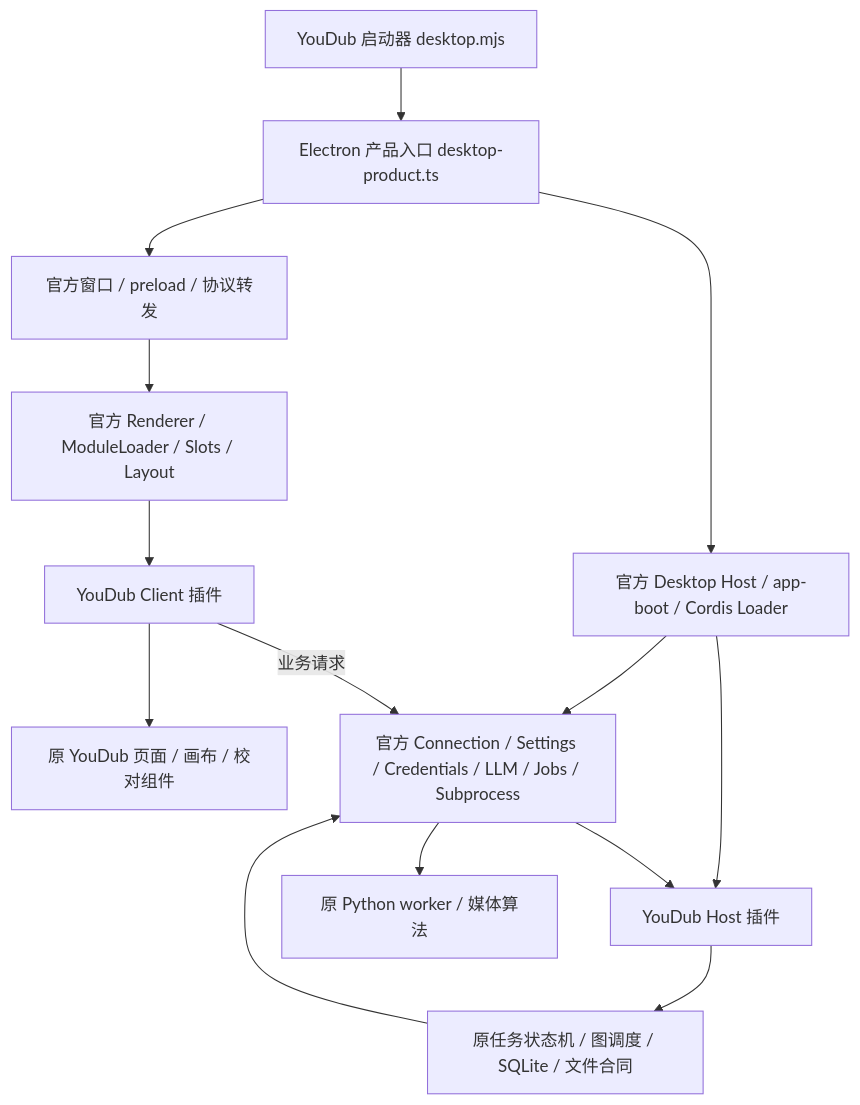
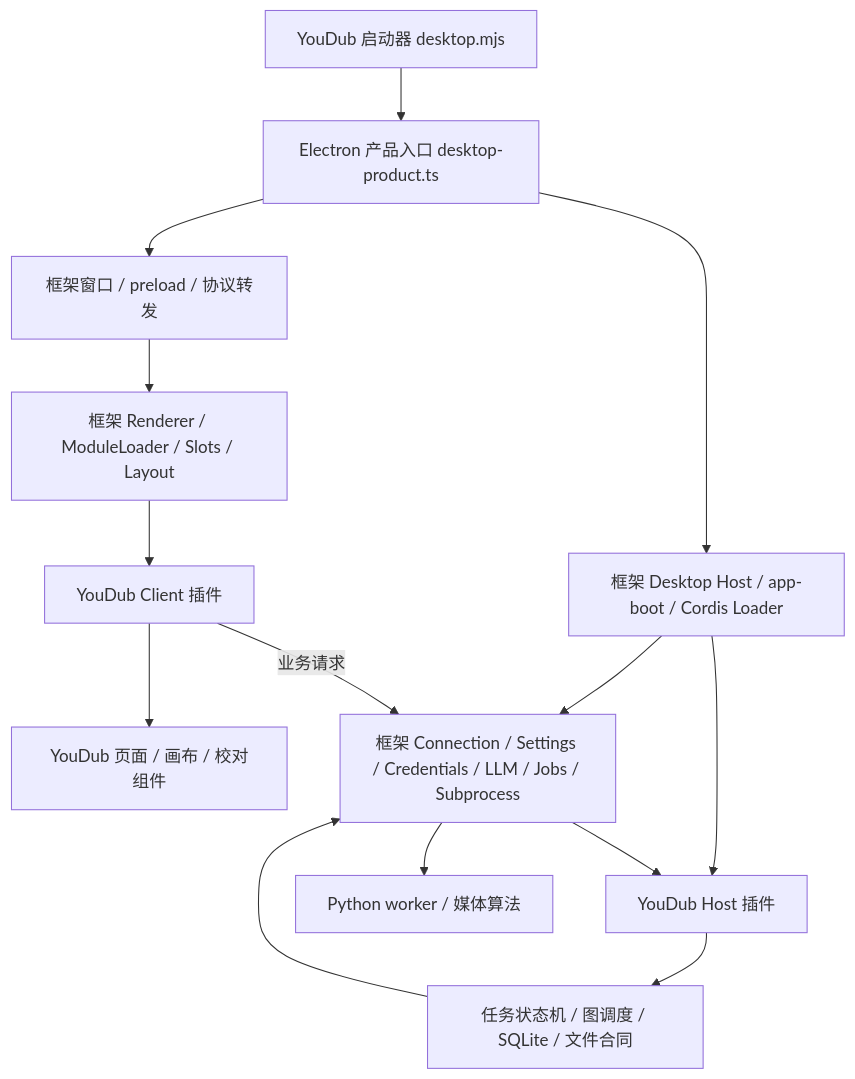
Before and after one commit to liuzhao1225/YouDub-webui: the first of 2 diagrams in apps/harness/docs/ARCHITECTURE.md, drawn with Mermaid. The commit also changed other lines of this file and 222 other files, not shown here.

First line of the commit message:
精简 YouDub 框架，修复 FFmpeg 初始化并统一 Harness 模型调用 (#178)

````diff
--- a/apps/harness/docs/ARCHITECTURE.md
+++ b/apps/harness/docs/ARCHITECTURE.md
@@ -9,16 +25,16 @@
 ```mermaid
 flowchart TB
   Start[YouDub 启动器 desktop.mjs] --> Desktop[Electron 产品入口 desktop-product.ts]
-  Desktop --> Native[官方窗口 / preload / 协议转发]
-  Desktop --> Host[官方 Desktop Host / app-boot / Cordis Loader]
-  Native --> Renderer[官方 Renderer / ModuleLoader / Slots / Layout]
+  Desktop --> Native[框架窗口 / preload / 协议转发]
+  Desktop --> Host[框架 Desktop Host / app-boot / Cordis Loader]
+  Native --> Renderer[框架 Renderer / ModuleLoader / Slots / Layout]
   Renderer --> Client[YouDub Client 插件]
-  Client --> Views[原 YouDub 页面 / 画布 / 校对组件]
-  Host --> Services[官方 Connection / Settings / Credentials / LLM / Jobs / Subprocess]
+  Client --> Views[YouDub 页面 / 画布 / 校对组件]
+  Host --> Services[框架 Connection / Settings / Credentials / LLM / Jobs / Subprocess]
   Host --> Domain[YouDub Host 插件]
   Client -->|业务请求| Services
   Services --> Domain
-  Domain --> Workflow[原任务状态机 / 图调度 / SQLite / 文件合同]
+  Domain --> Workflow[任务状态机 / 图调度 / SQLite / 文件合同]
   Workflow --> Services
-  Services --> Workers[原 Python worker / 媒体算法]
+  Services --> Workers[Python worker / 媒体算法]
 ```
````
